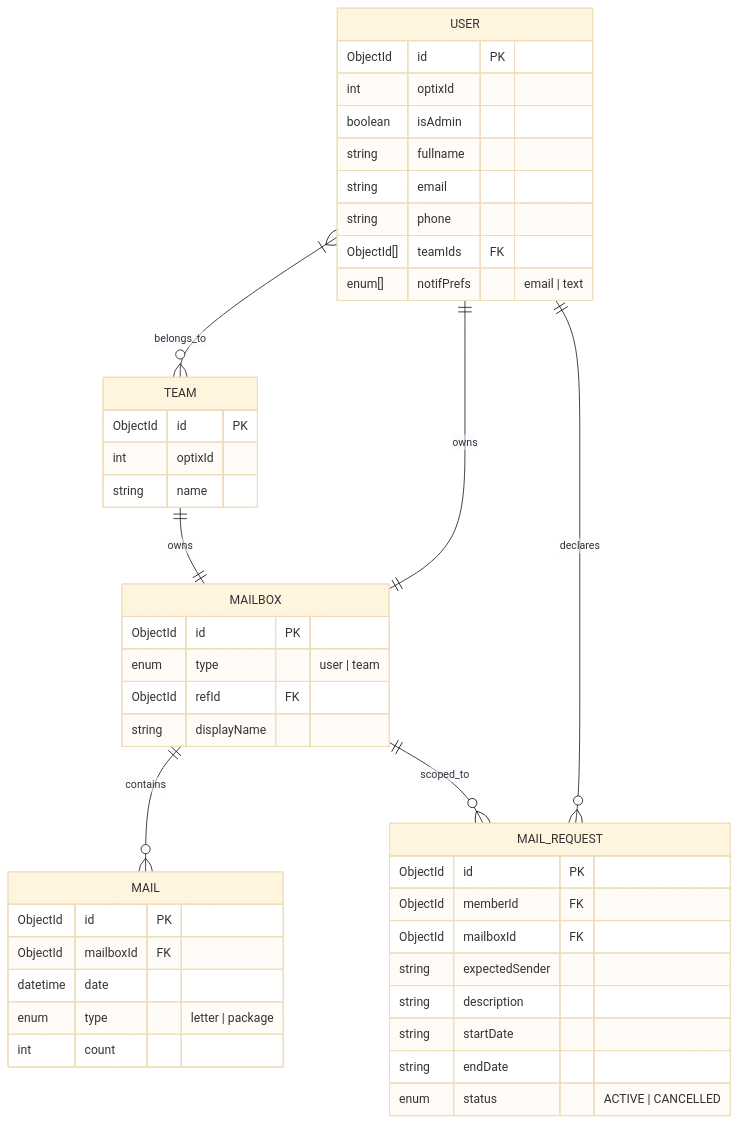
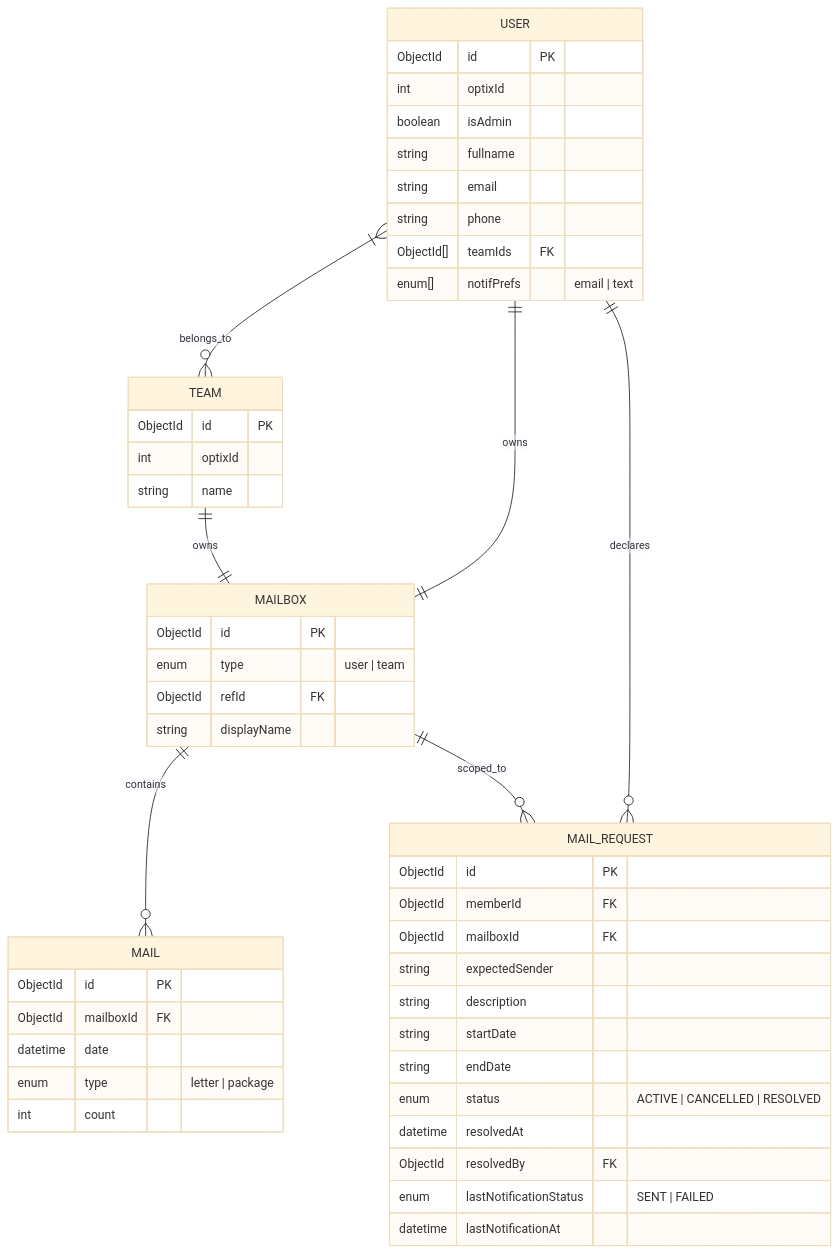
The diagram in docs/architecture/diagrams/data-model.mmd (CMU-413/avenu), drawn with Mermaid (base theme) before and after one commit. The commit also changed 5 other files, not shown here.

```diff
--- a/docs/architecture/diagrams/data-model.mmd
+++ b/docs/architecture/diagrams/data-model.mmd
@@ -1,54 +1,58 @@
 erDiagram
 
     USER {
         ObjectId id PK
         int optixId
         boolean isAdmin
         string fullname
         string email
         string phone
         ObjectId[] teamIds FK
         enum[] notifPrefs "email | text"
     }
 
     TEAM {
         ObjectId id PK
         int optixId
         string name
     }
 
     MAILBOX {
         ObjectId id PK
         enum type "user | team"
         ObjectId refId FK
         string displayName
     }
 
     MAIL {
         ObjectId id PK
         ObjectId mailboxId FK
         datetime date
         enum type "letter | package"
         int count
     }
 
     MAIL_REQUEST {
         ObjectId id PK
         ObjectId memberId FK
         ObjectId mailboxId FK
         string expectedSender
         string description
         string startDate
         string endDate
-        enum status "ACTIVE | CANCELLED"
+        enum status "ACTIVE | CANCELLED | RESOLVED"
+        datetime resolvedAt
+        ObjectId resolvedBy FK
+        enum lastNotificationStatus "SENT | FAILED"
+        datetime lastNotificationAt
     }
 
     %% Relationships
     USER }|--o{ TEAM : belongs_to
 
     USER ||--|| MAILBOX : owns
     TEAM ||--|| MAILBOX : owns
 
     MAILBOX ||--o{ MAIL : contains
     USER ||--o{ MAIL_REQUEST : declares
     MAILBOX ||--o{ MAIL_REQUEST : scoped_to
```
